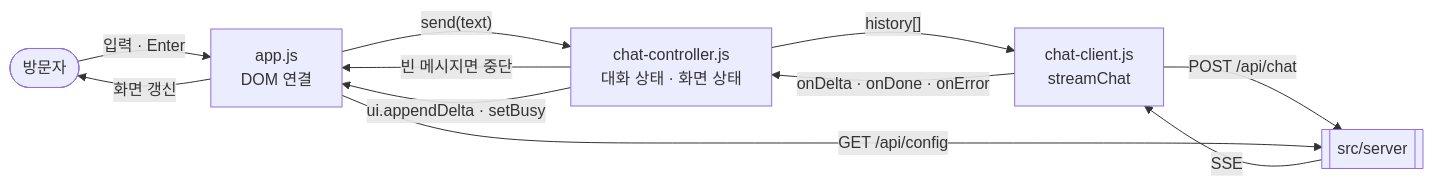
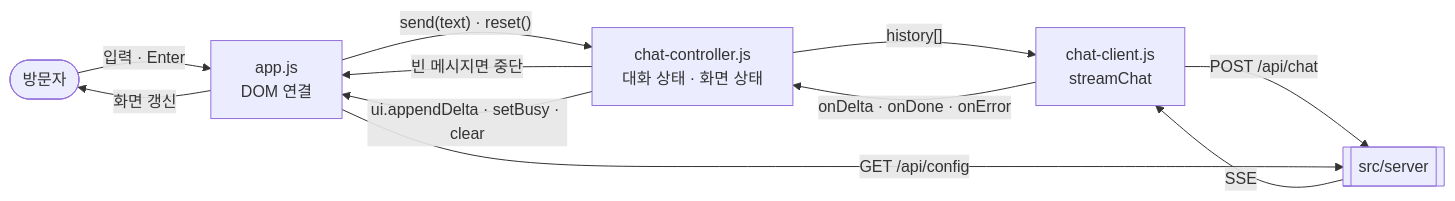
One commit to kimtaesung98/ai-agent-chat-demo changed the diagram in public/README.md. Above: the diagram before and after it, drawn with Mermaid. The commit also changed 10 other files, not shown here.

````diff
--- a/public/README.md
+++ b/public/README.md
@@ -30,13 +30,13 @@
 ```mermaid
 flowchart LR
     User([방문자]) -->|"입력 · Enter"| App[app.js<br>DOM 연결]
-    App -->|"send(text)"| Controller[chat-controller.js<br>대화 상태 · 화면 상태]
+    App -->|"send(text) · reset()"| Controller[chat-controller.js<br>대화 상태 · 화면 상태]
     Controller -->|"빈 메시지면 중단"| App
     Controller -->|"history[]"| Client[chat-client.js<br>streamChat]
     Client -->|"POST /api/chat"| Server[[src/server]]
     Server -->|"SSE"| Client
     Client -->|"onDelta · onDone · onError"| Controller
-    Controller -->|"ui.appendDelta · setBusy"| App
+    Controller -->|"ui.appendDelta · setBusy · clear"| App
     App -->|"화면 갱신"| User
     App -->|"GET /api/config"| Server
 ```
````
